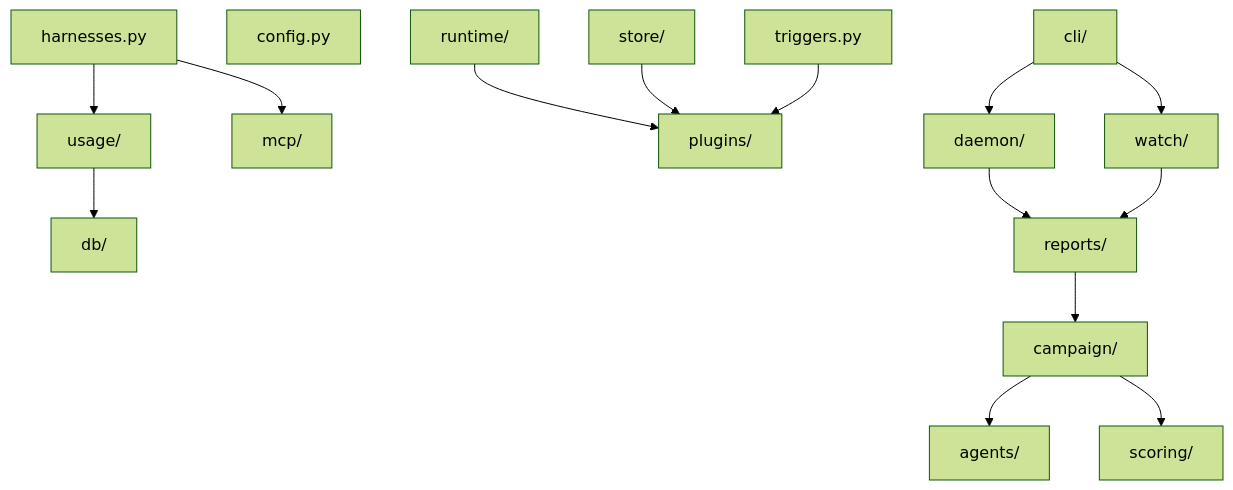
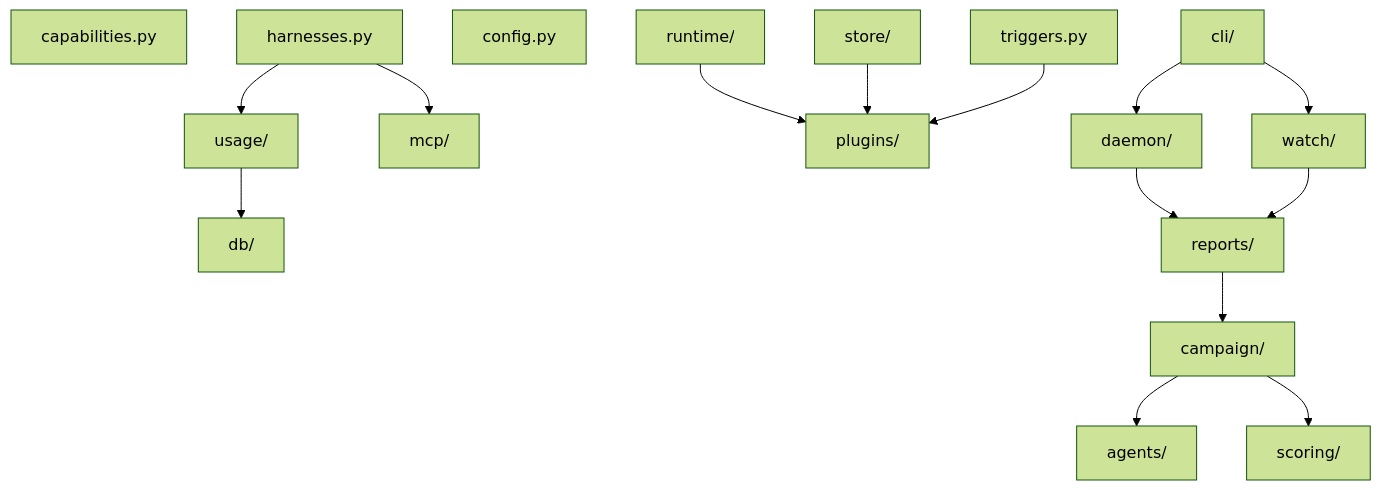
One commit to VatsaDev/piloop changed the diagram in docs/snippets/generated/imports.mdx. Above: the diagram before and after it, drawn with Mermaid (forest theme). The commit also changed other lines of this file and 23 other files, not shown here.

````diff
--- a/docs/snippets/generated/imports.mdx
+++ b/docs/snippets/generated/imports.mdx
@@ -3,32 +3,33 @@
 ```mermaid
 flowchart TB
     agents["agents/"]
     campaign["campaign/"]
+    capabilities["capabilities.py"]
     cli["cli/"]
     config["config.py"]
     daemon["daemon/"]
     db["db/"]
     harnesses["harnesses.py"]
     mcp["mcp/"]
     plugins["plugins/"]
     reports["reports/"]
     runtime["runtime/"]
     scoring["scoring/"]
     store["store/"]
     triggers["triggers.py"]
     usage["usage/"]
     watch["watch/"]
     campaign --> agents
     campaign --> scoring
     cli --> daemon
     cli --> watch
     daemon --> reports
     harnesses --> mcp
     harnesses --> usage
     reports --> campaign
     runtime --> plugins
     store --> plugins
     triggers --> plugins
     usage --> db
     watch --> reports
 ```
````
